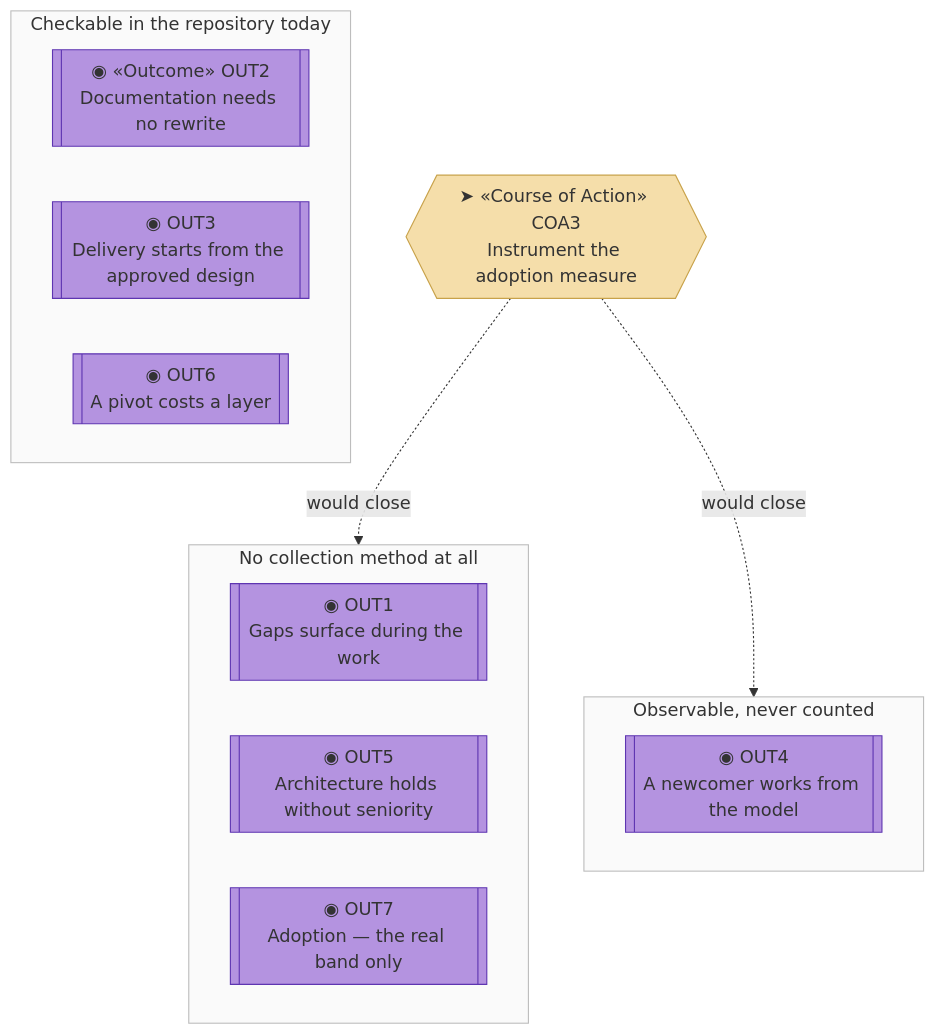
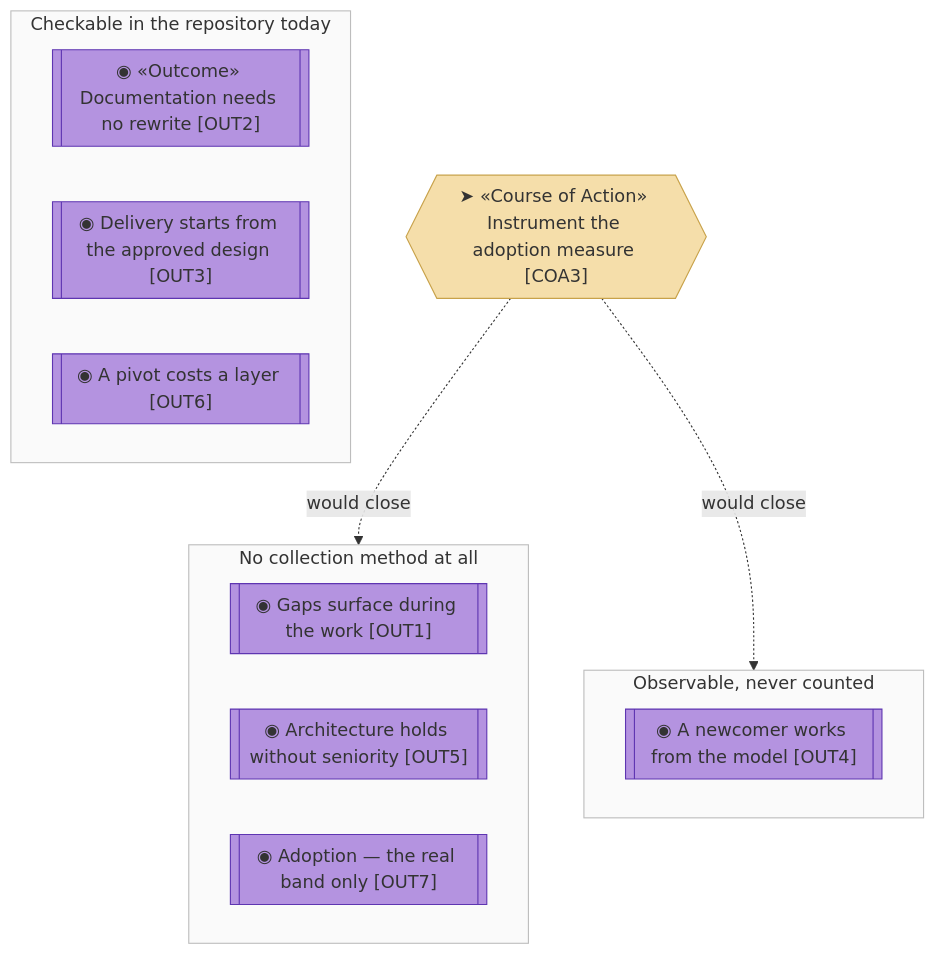
One commit to roanboc/architecture-archreator changed the sixth of 7 diagrams in org-archreator/architecture/1_strategy/1_motivation.md. Above: the diagram before and after it, drawn with Mermaid. The commit also changed other lines of this file and 38 other files, not shown here.

````diff
--- a/org-archreator/architecture/1_strategy/1_motivation.md
+++ b/org-archreator/architecture/1_strategy/1_motivation.md
@@ -283,29 +283,29 @@
 ```mermaid
 flowchart TB
   subgraph CHECKABLE["Checkable in the repository today"]
-    out2[["◉ «Outcome» OUT2<br>Documentation needs no rewrite"]]:::outcome
-    out3[["◉ OUT3<br>Delivery starts from the approved design"]]:::outcome
-    out6[["◉ OUT6<br>A pivot costs a layer"]]:::outcome
+    out2[["◉ «Outcome» Documentation needs no rewrite [OUT2]"]]:::outcome
+    out3[["◉ Delivery starts from the approved design [OUT3]"]]:::outcome
+    out6[["◉ A pivot costs a layer [OUT6]"]]:::outcome
   end
 
   subgraph ANECDOTAL["Observable, never counted"]
-    out4[["◉ OUT4<br>A newcomer works from the model"]]:::outcome
+    out4[["◉ A newcomer works from the model [OUT4]"]]:::outcome
   end
 
   subgraph NOMETHOD["No collection method at all"]
-    out1[["◉ OUT1<br>Gaps surface during the work"]]:::outcome
-    out5[["◉ OUT5<br>Architecture holds without seniority"]]:::outcome
-    out7[["◉ OUT7<br>Adoption — the real band only"]]:::outcome
+    out1[["◉ Gaps surface during the work [OUT1]"]]:::outcome
+    out5[["◉ Architecture holds without seniority [OUT5]"]]:::outcome
+    out7[["◉ Adoption — the real band only [OUT7]"]]:::outcome
   end
 
-  coa3{{"➤ «Course of Action» COA3<br>Instrument the adoption measure"}}:::action
+  coa3{{"➤ «Course of Action» Instrument the adoption measure [COA3]"}}:::action
 
   coa3 -.->|would close| NOMETHOD
   coa3 -.->|would close| ANECDOTAL
 
   classDef outcome fill:#b493e0,stroke:#5e35b1,color:#333
   classDef action fill:#f5deaa,stroke:#c8a24a,color:#333
   style CHECKABLE fill:#fafafa,stroke:#bdbdbd,color:#333
   style ANECDOTAL fill:#fafafa,stroke:#bdbdbd,color:#333
   style NOMETHOD fill:#fafafa,stroke:#bdbdbd,color:#333
 ```
````
